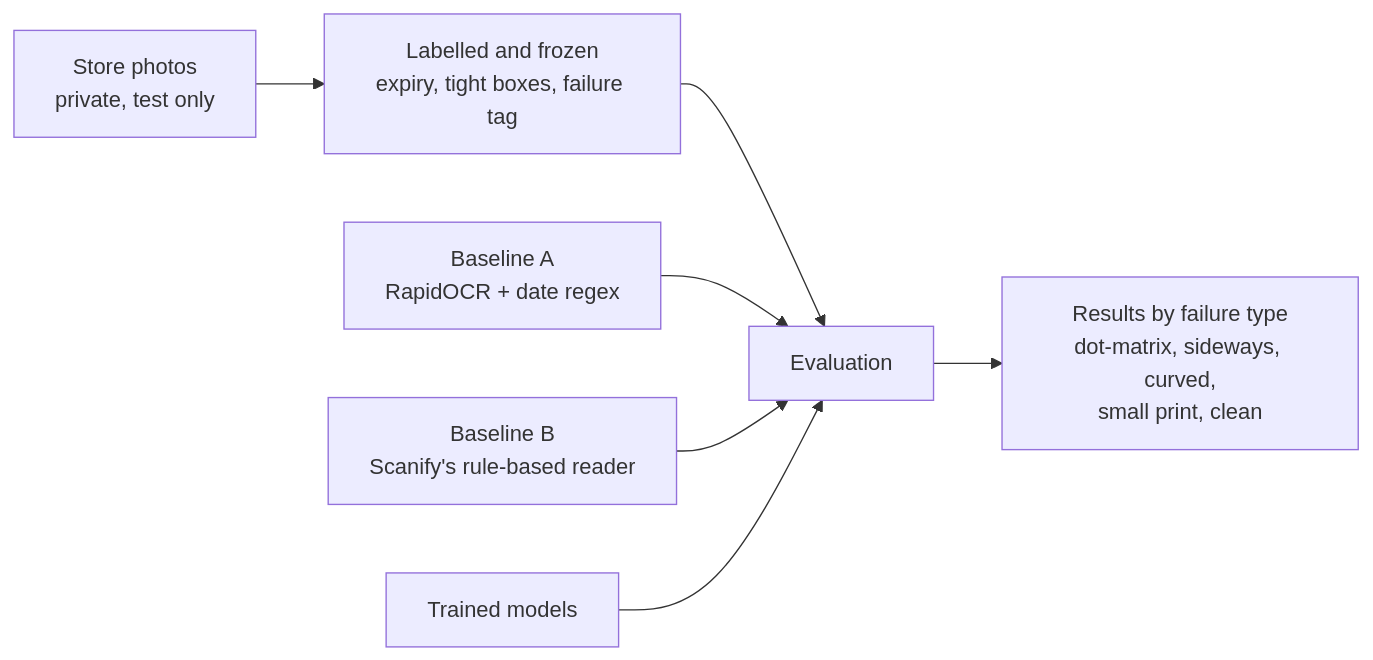
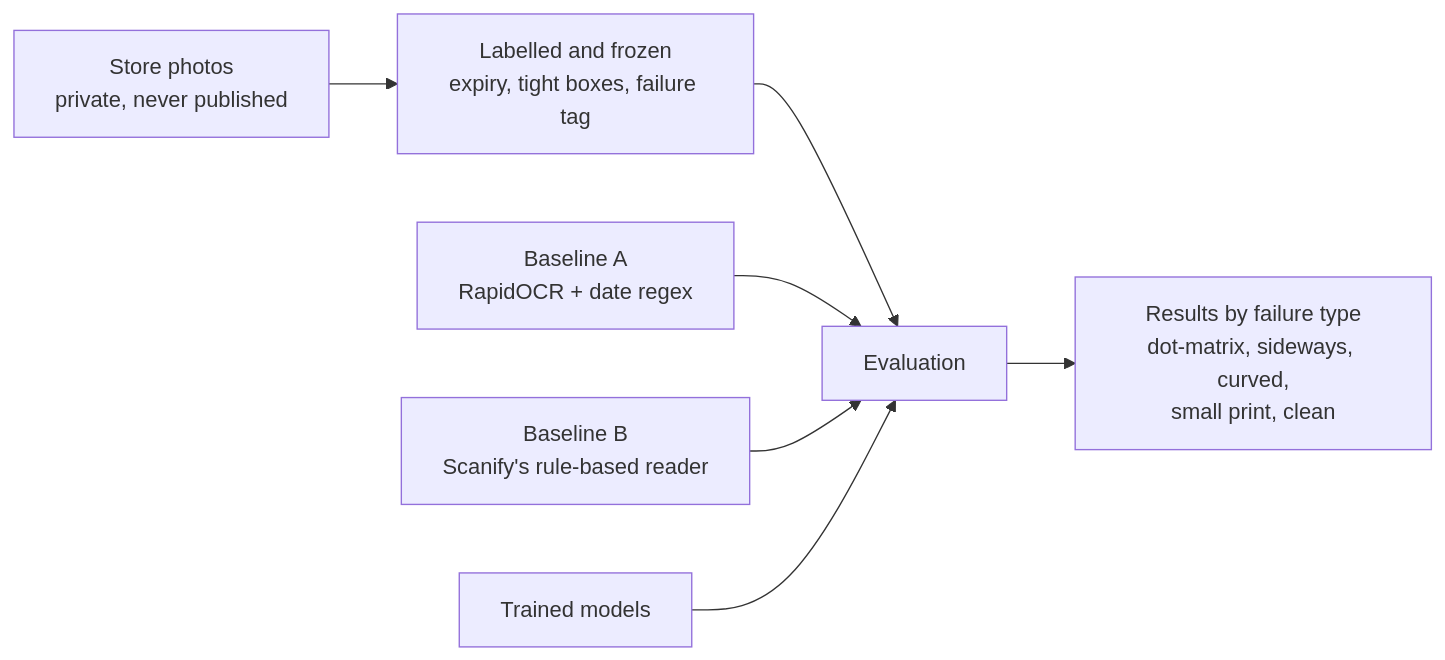
One commit to aayushroopchandani/bestbefore changed the third of 4 diagrams in README.md. Above: the diagram before and after it, drawn with Mermaid. The commit also changed other lines of this file, not shown here.

````diff
--- a/README.md
+++ b/README.md
@@ -101,9 +101,9 @@
 ```mermaid
 flowchart LR
-    STORE["Store photos<br/>private, test only"] --> FROZEN["Labelled and frozen<br/>expiry, tight boxes, failure tag"]
+    STORE["Store photos<br/>private, never published"] --> FROZEN["Labelled and frozen<br/>expiry, tight boxes, failure tag"]
     FROZEN --> EVAL["Evaluation"]
     A["Baseline A<br/>RapidOCR + date regex"] --> EVAL
     B["Baseline B<br/>Scanify's rule-based reader"] --> EVAL
     MODELS["Trained models"] --> EVAL
     EVAL --> TABLE["Results by failure type<br/>dot-matrix, sideways, curved,<br/>small print, clean"]
 ```
````
